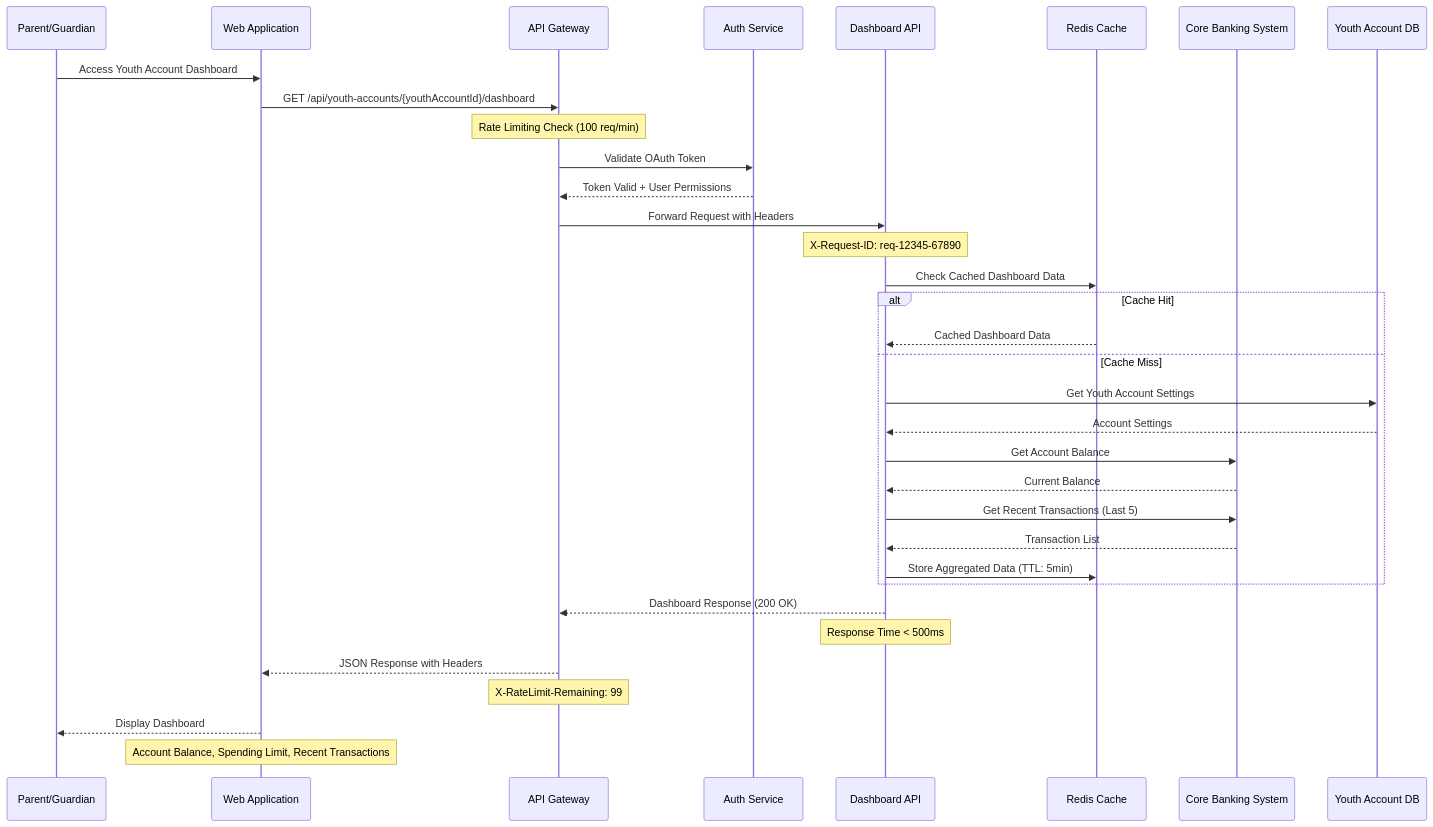
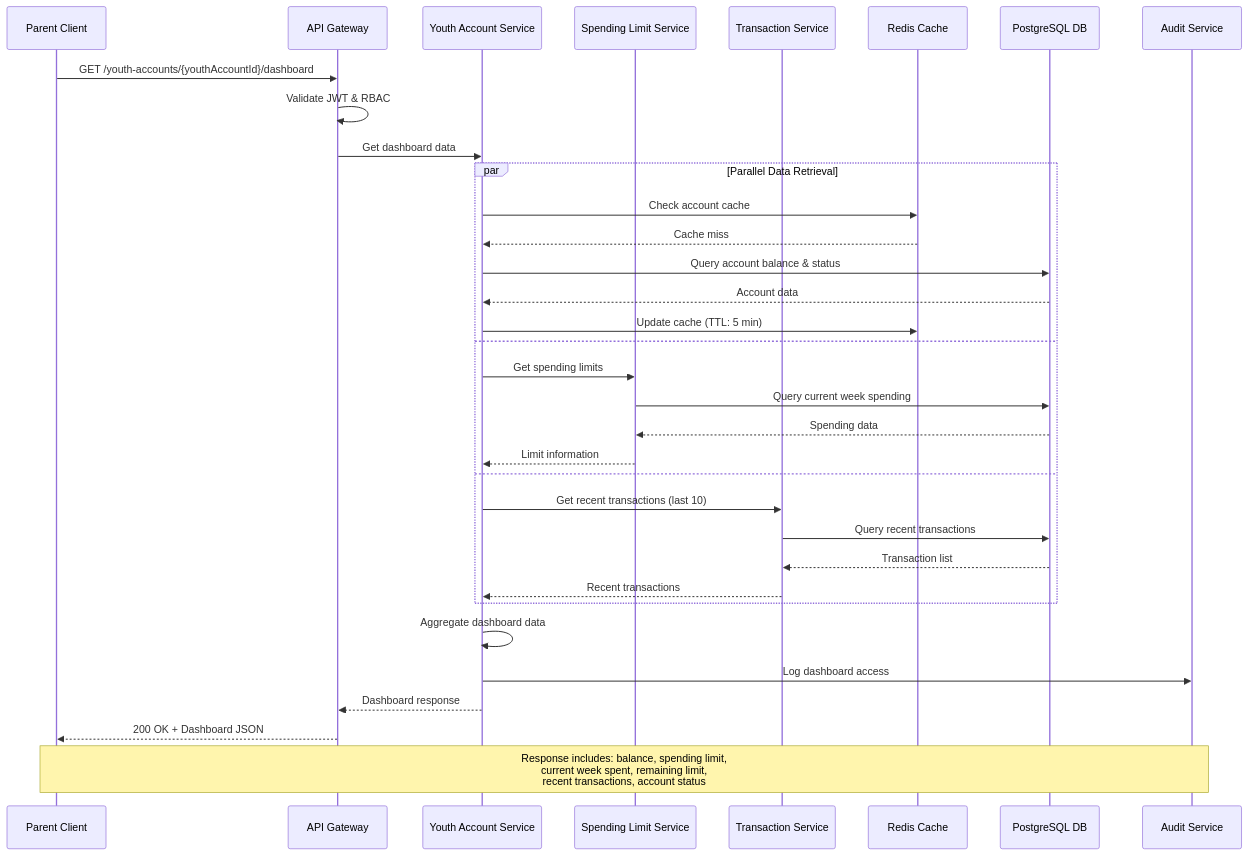
One commit to ThapaswiASC/SCIB-INCEPTION-PHASE-DEMO changed the second of 7 diagrams in API Development/Components and Sequence Diagrams/sequence_diagram.md. Above: the diagram before and after it, drawn with Mermaid. The commit also changed other lines of this file and 1 other file, not shown here.

````diff
--- a/API Development/Components and Sequence Diagrams/sequence_diagram.md
+++ b/API Development/Components and Sequence Diagrams/sequence_diagram.md
@@ -15,46 +60,40 @@
 ```mermaid
 sequenceDiagram
-    participant Parent as Parent/Guardian
-    participant WebApp as Web Application
-    participant APIGateway as API Gateway
-    participant AuthService as Auth Service
-    participant DashboardAPI as Dashboard API
+    participant Parent as Parent Client
+    participant Gateway as API Gateway
+    participant YouthSvc as Youth Account Service
+    participant LimitSvc as Spending Limit Service
+    participant TxnSvc as Transaction Service
     participant Cache as Redis Cache
-    participant CoreBank as Core Banking System
-    participant Database as Youth Account DB
-
-    Parent->>WebApp: Access Youth Account Dashboard
-    WebApp->>APIGateway: GET /api/youth-accounts/{youthAccountId}/dashboard
-    Note over APIGateway: Rate Limiting Check (100 req/min)
+    participant DB as PostgreSQL DB
+    participant Audit as Audit Service
     
-    APIGateway->>AuthService: Validate OAuth Token
-    AuthService-->>APIGateway: Token Valid + User Permissions
+    Parent->>Gateway: GET /youth-accounts/{youthAccountId}/dashboard
+    Gateway->>Gateway: Validate JWT & RBAC
+    Gateway->>YouthSvc: Get dashboard data
     
-    APIGateway->>DashboardAPI: Forward Request with Headers
-    Note over DashboardAPI: X-Request-ID: req-12345-67890
-    
-    DashboardAPI->>Cache: Check Cached Dashboard Data
-    alt Cache Hit
-        Cache-->>DashboardAPI: Cached Dashboard Data
-    else Cache Miss
-        DashboardAPI->>Database: Get Youth Account Settings
-        Database-->>DashboardAPI: Account Settings
-        
-        DashboardAPI->>CoreBank: Get Account Balance
-        CoreBank-->>DashboardAPI: Current Balance
-        
-        DashboardAPI->>CoreBank: Get Recent Transactions (Last 5)
-        CoreBank-->>DashboardAPI: Transaction List
-        
-        DashboardAPI->>Cache: Store Aggregated Data (TTL: 5min)
+    par Parallel Data Retrieval
+        YouthSvc->>Cache: Check account cache
+        Cache-->>YouthSvc: Cache miss
+        YouthSvc->>DB: Query account balance & status
+        DB-->>YouthSvc: Account data
+        YouthSvc->>Cache: Update cache (TTL: 5 min)
+    and
+        YouthSvc->>LimitSvc: Get spending limits
+        LimitSvc->>DB: Query current week spending
+        DB-->>LimitSvc: Spending data
+        LimitSvc-->>YouthSvc: Limit information
+    and
+        YouthSvc->>TxnSvc: Get recent transactions (last 10)
+        TxnSvc->>DB: Query recent transactions
+        DB-->>TxnSvc: Transaction list
+        TxnSvc-->>YouthSvc: Recent transactions
     end
     
-    DashboardAPI-->>APIGateway: Dashboard Response (200 OK)
-    Note over DashboardAPI: Response Time < 500ms
+    YouthSvc->>YouthSvc: Aggregate dashboard data
+    YouthSvc->>Audit: Log dashboard access
+    YouthSvc-->>Gateway: Dashboard response
+    Gateway-->>Parent: 200 OK + Dashboard JSON
     
-    APIGateway-->>WebApp: JSON Response with Headers
-    Note over APIGateway: X-RateLimit-Remaining: 99
-    
-    WebApp-->>Parent: Display Dashboard
-    Note over WebApp: Account Balance, Spending Limit, Recent Transactions
+    Note over Parent,Audit: Response includes: balance, spending limit,<br/>current week spent, remaining limit,<br/>recent transactions, account status
 ```
````
